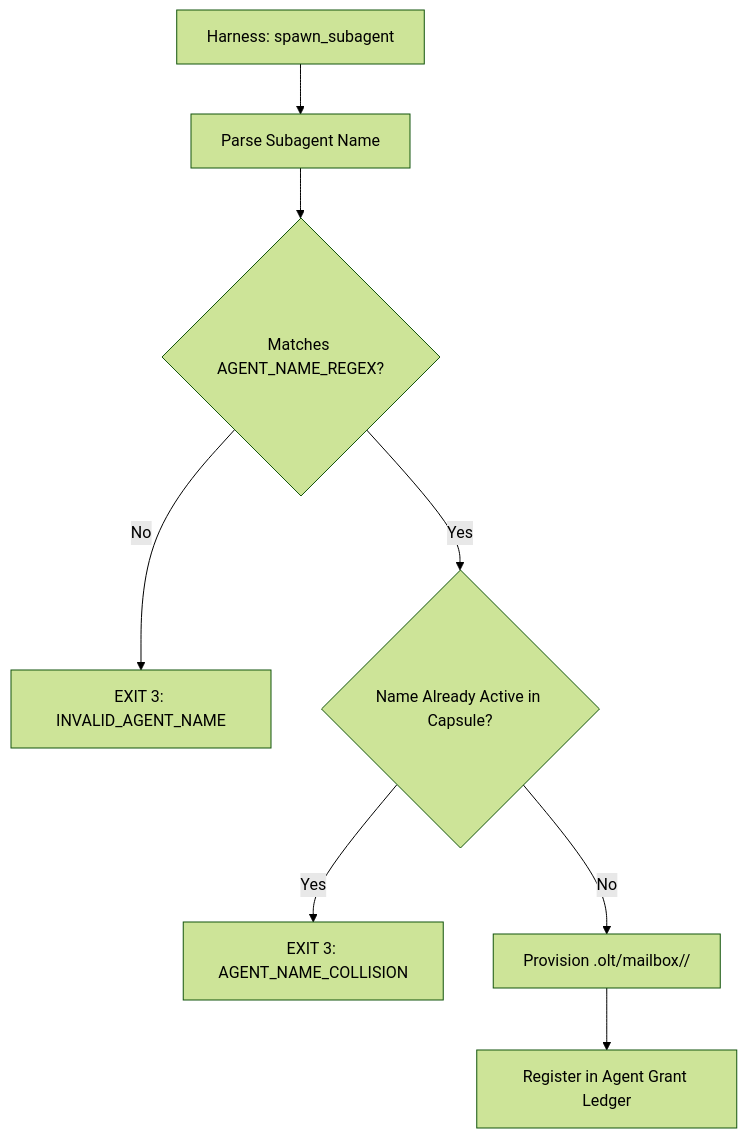
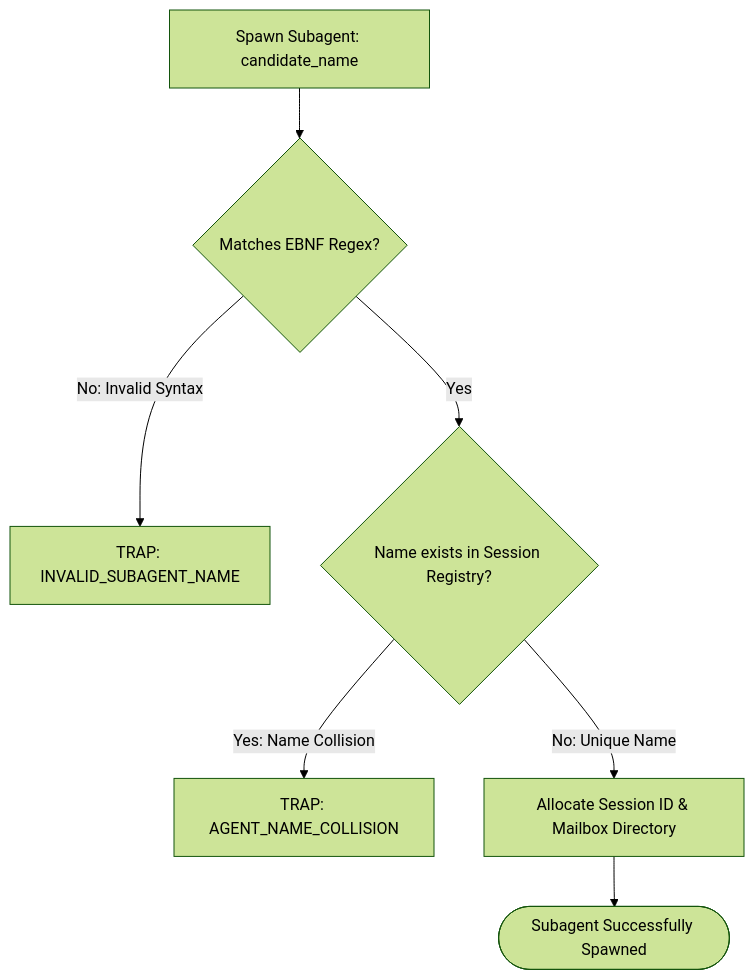
One commit to onurseckin/skills changed the first of 2 diagrams in docs/olt/architecture/02-four-tier-hierarchy/02-02-subagent-naming-grammar.md. Above: the diagram before and after it, drawn with Mermaid (forest theme). The commit also changed other lines of this file and 177 other files, not shown here.

````diff
--- a/docs/olt/architecture/02-four-tier-hierarchy/02-02-subagent-naming-grammar.md
+++ b/docs/olt/architecture/02-four-tier-hierarchy/02-02-subagent-naming-grammar.md
@@ -54,10 +62,9 @@
 ```mermaid
 flowchart TD
-    SpawnCall[Harness: spawn_subagent] --> ParseName[Parse Subagent Name]
-    ParseName --> CheckRegex{Matches AGENT_NAME_REGEX?}
-    CheckRegex -->|No| RejectGeneric[EXIT 3: INVALID_AGENT_NAME]
-    CheckRegex -->|Yes| CheckActive{Name Already Active in Capsule?}
-    CheckActive -->|Yes| RejectCollision[EXIT 3: AGENT_NAME_COLLISION]
-    CheckActive -->|No| BindMailbox[Provision .olt/mailbox/<agent_id>/]
-    BindMailbox --> GrantLease[Register in Agent Grant Ledger]
+    SpawnRequest[Spawn Subagent: candidate_name] --> RegexCheck{Matches EBNF Regex?}
+    RegexCheck -->|No: Invalid Syntax| RejectSyntax[TRAP: INVALID_SUBAGENT_NAME]
+    RegexCheck -->|Yes| RegistryCheck{Name exists in Session Registry?}
+    RegistryCheck -->|Yes: Name Collision| RejectCollision[TRAP: AGENT_NAME_COLLISION]
+    RegistryCheck -->|No: Unique Name| AllocateSession[Allocate Session ID & Mailbox Directory]
+    AllocateSession --> SpawningReady([Subagent Successfully Spawned])
 ```
````
